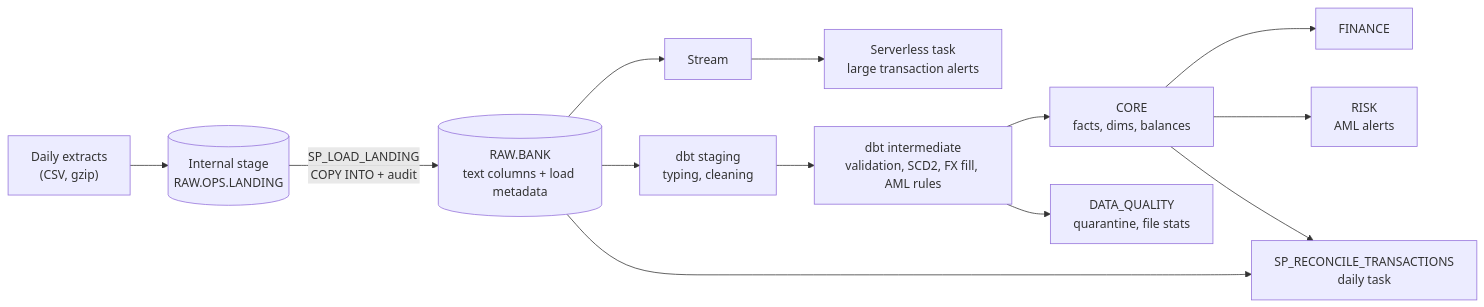
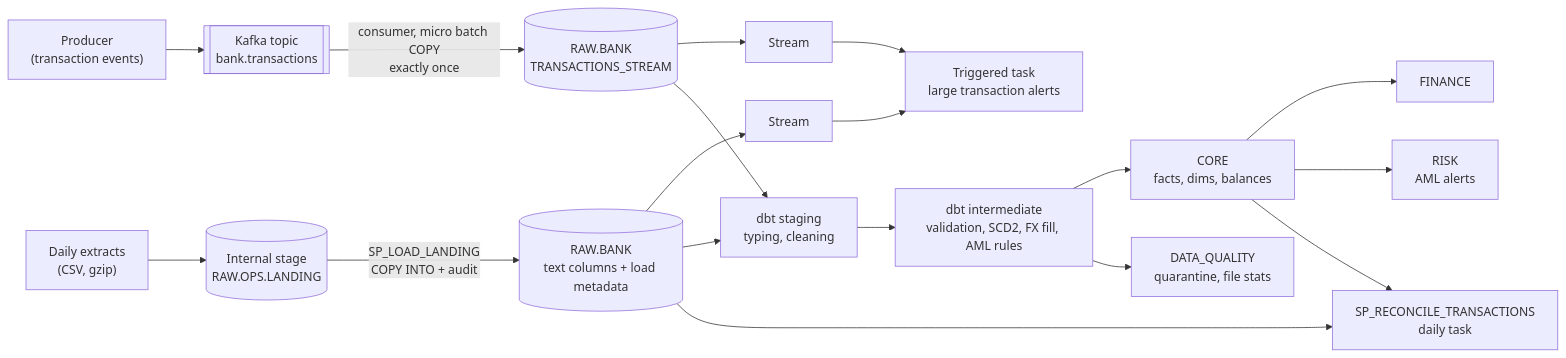
One commit to SujalCharak/banking-data-platform changed the diagram in README.md. Above: the diagram before and after it, drawn with Mermaid. The commit also changed other lines of this file and 21 other files, not shown here.

First line of the commit message:
Add a Kafka streaming path with exactly once landing in Snowflake

````diff
--- a/README.md
+++ b/README.md
@@ -7,14 +7,18 @@
 ```mermaid
 flowchart LR
     G["Daily extracts<br/>(CSV, gzip)"] --> S[("Internal stage<br/>RAW.OPS.LANDING")]
     S -->|"SP_LOAD_LANDING<br/>COPY INTO + audit"| R[("RAW.BANK<br/>text columns + load metadata")]
-    R --> STR["Stream"] --> TSK["Serverless task<br/>large transaction alerts"]
+    P["Producer<br/>(transaction events)"] --> K[["Kafka topic<br/>bank.transactions"]]
+    K -->|"consumer, micro batch COPY<br/>exactly once"| RS[("RAW.BANK<br/>TRANSACTIONS_STREAM")]
+    R --> STR["Stream"] --> TSK["Triggered task<br/>large transaction alerts"]
+    RS --> STR2["Stream"] --> TSK
+    RS --> STG
     R --> STG["dbt staging<br/>typing, cleaning"]
     STG --> INT["dbt intermediate<br/>validation, SCD2, FX fill, AML rules"]
     INT --> CORE["CORE<br/>facts, dims, balances"]
     INT --> DQ["DATA_QUALITY<br/>quarantine, file stats"]
     CORE --> FIN["FINANCE"]
     CORE --> RISK["RISK<br/>AML alerts"]
     R --> REC["SP_RECONCILE_TRANSACTIONS<br/>daily task"]
     CORE --> REC
 ```
````
